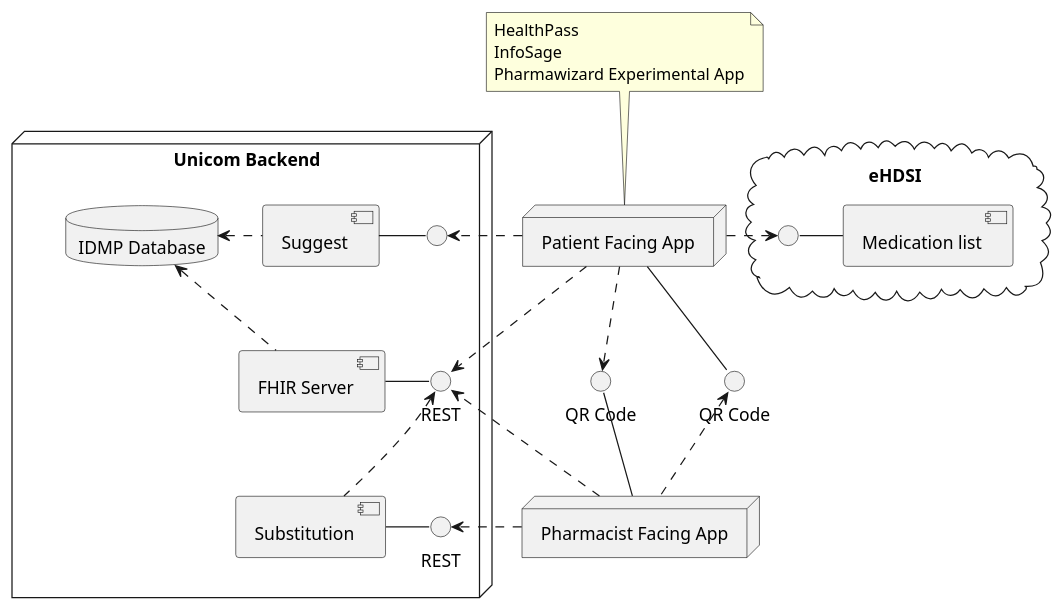
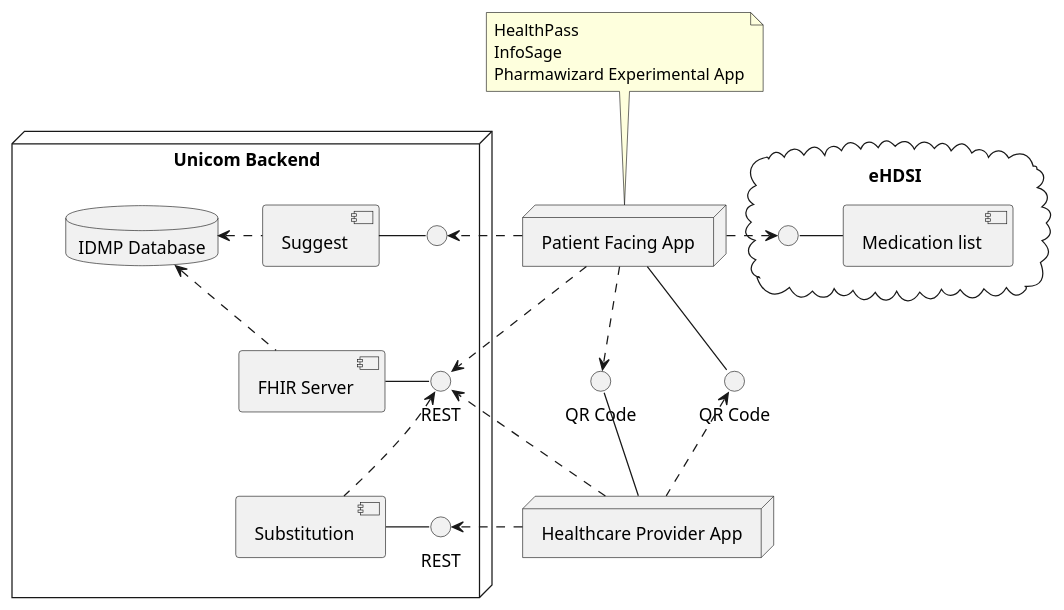
One commit to unicom-project-eu/wp6-db-api changed the diagram in uml/component/component.puml. Above: the diagram before and after it, drawn with PlantUML.

Commit message:
Turned Pharmacist Facing App into Healthcare Provider App

```diff
--- a/uml/component/component.puml
+++ b/uml/component/component.puml
@@ -1,72 +1,72 @@
 @startuml
 
 node "Unicom Backend" as unicomBackend {
     together {
         interface " " as suggestInt
         component "Suggest" as suggest
         suggest - suggestInt
 
         interface REST
         component "FHIR Server" as fhir
         fhir - REST
     }
 
     together {
         component "Substitution" as substitution
         interface "REST" as substitutionInt
         substitution - substitutionInt
     }
 
     database "IDMP Database" as idmpDb
 
     idmpDb <.r. fhir
     idmpDb <.r. suggest
     suggest -[hidden]- fhir
     REST <.. substitution
 }
 
 together {
     interface "QR Code" as qrCodeUser
     interface "QR Code" as qrCodePharmacist
 }
 
 together {
     node "Patient Facing App" as patientApp {
     }
 
     patientApp .d.> qrCodePharmacist
     patientApp -d- qrCodeUser
     suggestInt <.l. patientApp
 
     note top of patientApp {
         HealthPass
         InfoSage
         Pharmawizard Experimental App
     }
 }
 
 cloud "eHDSI" {
     together {
         component "Medication list" as medicationList
 
         interface " " as medicationListInt
         medicationListInt - medicationList
     }
 }
 
 patientApp .r.> medicationListInt
 patientApp .> REST
 
 together {
-    node "Pharmacist Facing App" as pharmacistApp
+    node "Healthcare Provider App" as pharmacistApp
 
     qrCodeUser <.d. pharmacistApp
     qrCodePharmacist -d- pharmacistApp
     substitutionInt <.l. pharmacistApp
 }
 
 unicomBackend -[hidden] patientApp
 
 pharmacistApp .> REST
 
 @enduml
```
